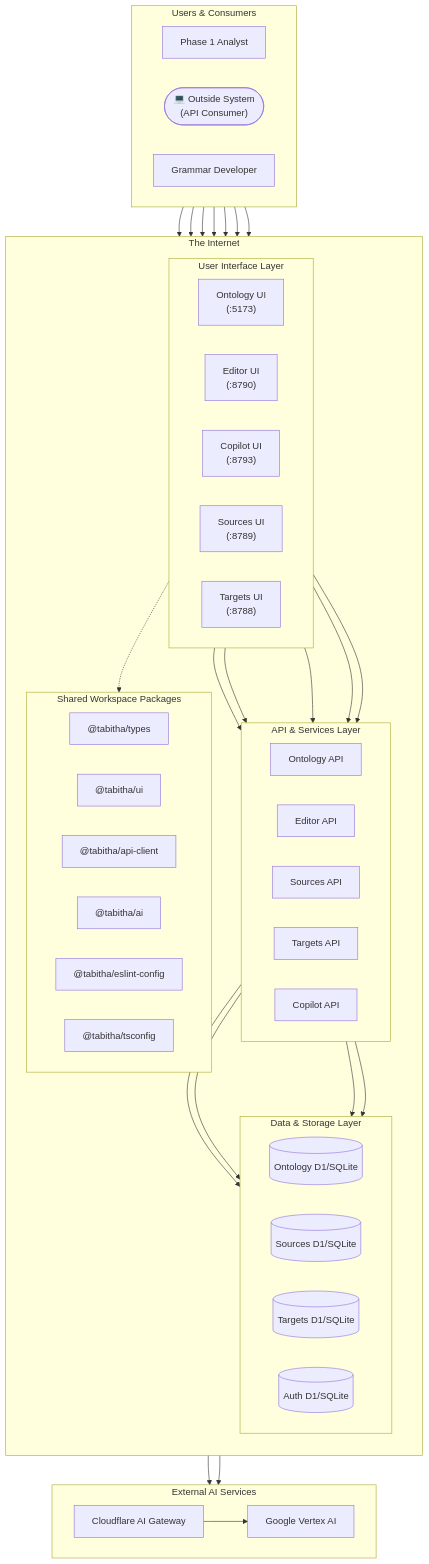
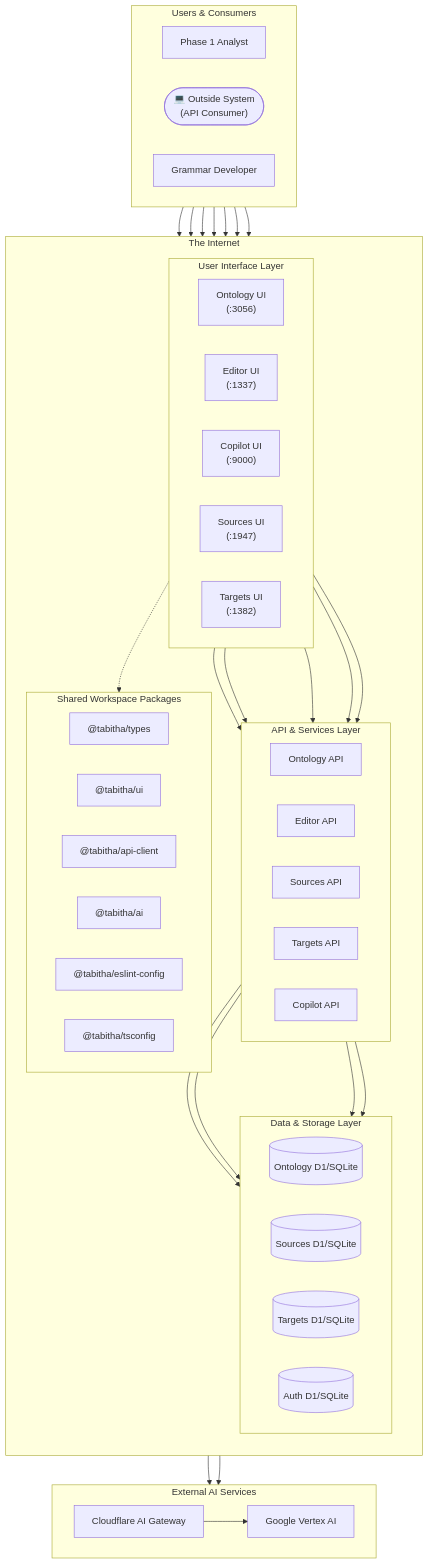
The diagram in README.md (presciencelabs/tabitha), drawn with Mermaid before and after one commit. The commit also changed other lines of this file and 35 other files, not shown here.

````diff
--- a/README.md
+++ b/README.md
@@ -225,80 +225,80 @@
 ```mermaid
 graph TD;
     subgraph "Users & Consumers"
         direction LR
         Phase1Analyst[Phase 1 Analyst];
         OutsideSystem(["💻 Outside System <br/>(API Consumer)"]);
         GrammarDeveloper[Grammar Developer];
     end
 
     subgraph Platform ["The Internet"]
         direction TB
 
         subgraph UILayer ["User Interface Layer"]
             direction LR
-            OntologyUI["Ontology UI <br/>(:5173)"];
-            EditorUI["Editor UI <br/>(:8790)"];
-            CopilotUI["Copilot UI <br/>(:8793)"];
-            SourcesUI["Sources UI <br/>(:8789)"];
-            TargetsUI["Targets UI <br/>(:8788)"];
+            OntologyUI["Ontology UI <br/>(:3056)"];
+            EditorUI["Editor UI <br/>(:1337)"];
+            CopilotUI["Copilot UI <br/>(:9000)"];
+            SourcesUI["Sources UI <br/>(:1947)"];
+            TargetsUI["Targets UI <br/>(:1382)"];
         end
 
         subgraph APILayer ["API & Services Layer"]
             direction LR
             OntologyAPI[Ontology API];
             EditorAPI[Editor API];
             SourcesAPI[Sources API];
             TargetsAPI[Targets API];
             CopilotAPI[Copilot API];
         end
 
         subgraph SharedPackages ["Shared Workspace Packages"]
             direction LR
             TypesPkg["@tabitha/types"];
             UIPkg["@tabitha/ui"];
             APIClientPkg["@tabitha/api-client"];
             AIPkg["@tabitha/ai"];
             ESLintPkg["@tabitha/eslint-config"];
             TSConfigPkg["@tabitha/tsconfig"];
         end
 
         subgraph DataLayer ["Data & Storage Layer"]
             direction LR
             OntologyDB[(Ontology D1/SQLite)];
             SourcesDB[(Sources D1/SQLite)];
             TargetsDB[(Targets D1/SQLite)];
             AuthDB[(Auth D1/SQLite)];
         end
     end
 
     subgraph ExternalServices ["External AI Services"]
         direction LR
         AIGateway["Cloudflare AI Gateway"];
         VertexAI["Google Vertex AI"];
     end
 
     Phase1Analyst --> OntologyUI;
     Phase1Analyst --> EditorUI;
     Phase1Analyst --> CopilotUI;
     OutsideSystem --> OntologyAPI;
     OutsideSystem --> SourcesAPI;
     OutsideSystem --> TargetsAPI;
     OutsideSystem --> CopilotAPI;
 
     OntologyUI --> OntologyAPI;
     EditorUI --> EditorAPI;
     SourcesUI --> SourcesAPI;
     TargetsUI --> TargetsAPI;
     CopilotUI --> CopilotAPI;
 
     UILayer -.-> SharedPackages;
 
     OntologyAPI --> OntologyDB;
     OntologyAPI --> AuthDB;
     SourcesAPI --> SourcesDB;
     TargetsAPI --> TargetsDB;
 
     OntologyAPI --> AIGateway;
     CopilotAPI --> AIGateway;
     AIGateway --> VertexAI;
 ```
````
